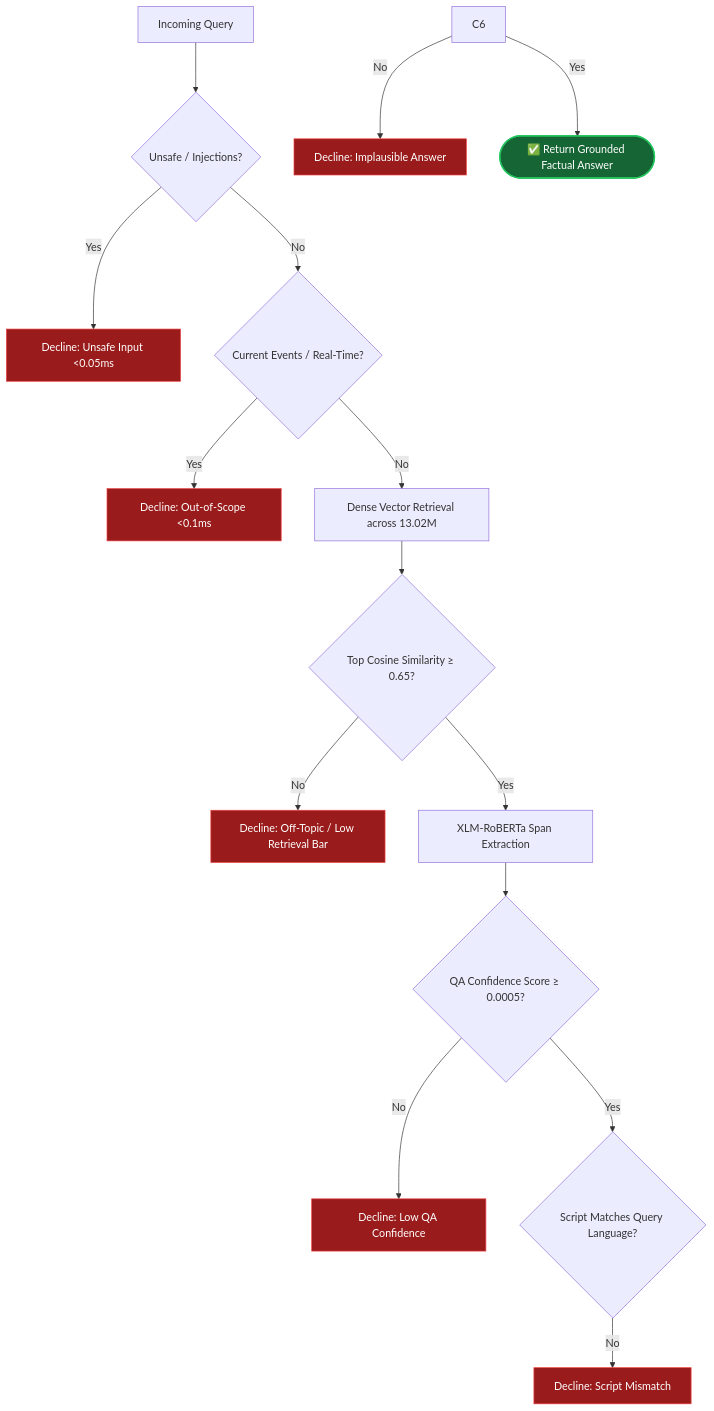
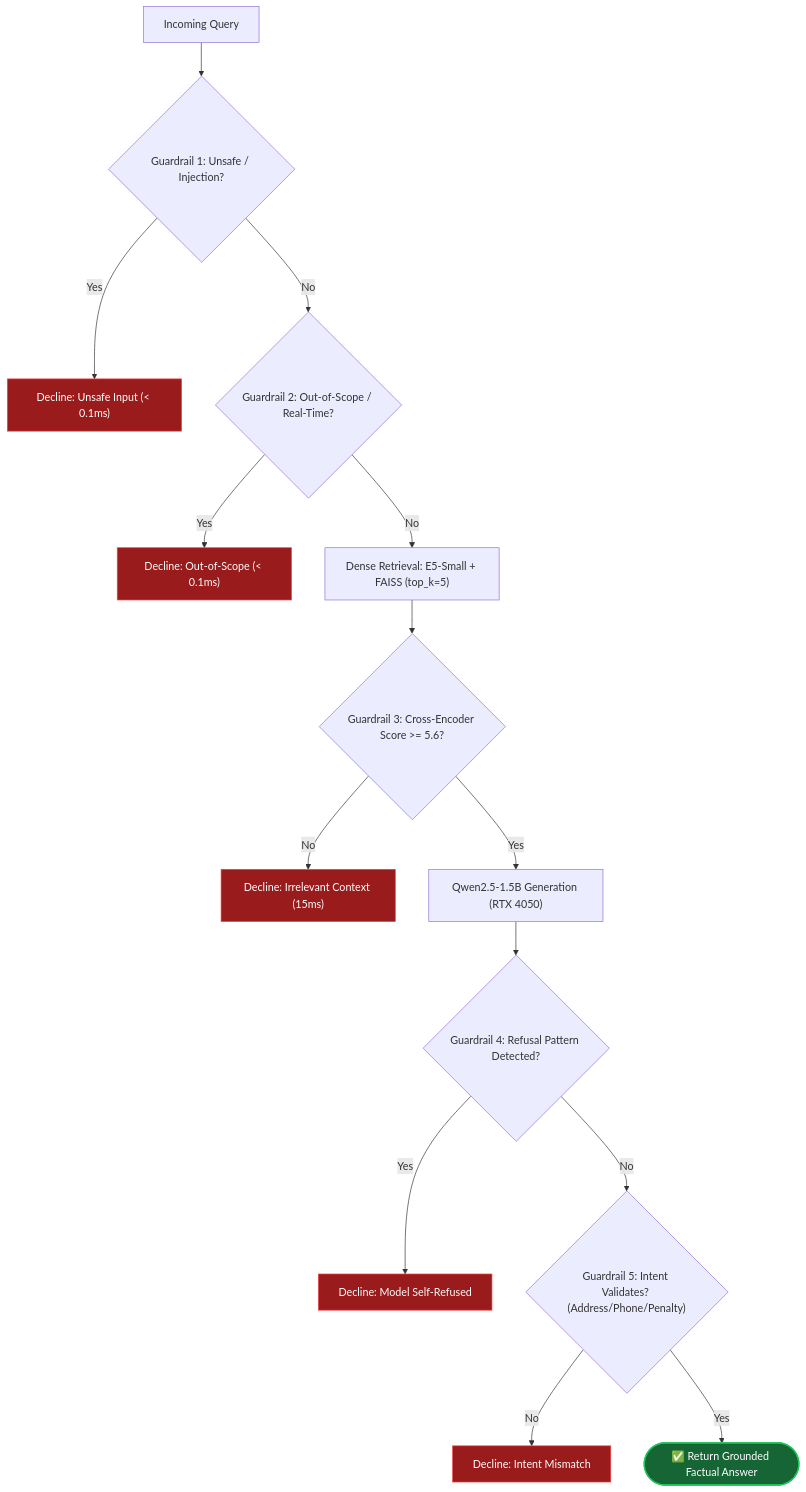
One commit to Asheesh7298/Rag-voice changed the fourth of 4 diagrams in ARCHITECTURE_AND_DATA_FLOW.md. Above: the diagram before and after it, drawn with Mermaid. The commit also changed other lines of this file and 4 other files, not shown here.

Commit message:
docs: update README, architecture diagrams, and presentation with champion benchmark metrics and RTX 4050 specs

````diff
--- a/ARCHITECTURE_AND_DATA_FLOW.md
+++ b/ARCHITECTURE_AND_DATA_FLOW.md
@@ -151,29 +139,27 @@
 ```mermaid
 flowchart TD
-    Q[Incoming Query] --> C1{Unsafe / Injections?}
-    C1 -- Yes --> R1[Decline: Unsafe Input <0.05ms]
-    C1 -- No --> C2{Current Events / Real-Time?}
+    Q[Incoming Query] --> C1{"Guardrail 1: Unsafe / Injection?"}
+    C1 -- Yes --> R1["Decline: Unsafe Input (< 0.1ms)"]
+    C1 -- No --> C2{"Guardrail 2: Out-of-Scope / Real-Time?"}
     
-    C2 -- Yes --> R2[Decline: Out-of-Scope <0.1ms]
-    C2 -- No --> VSearch[Dense Vector Retrieval across 13.02M]
+    C2 -- Yes --> R2["Decline: Out-of-Scope (< 0.1ms)"]
+    C2 -- No --> VSearch["Dense Retrieval: E5-Small + FAISS (top_k=5)"]
     
-    VSearch --> C3{Top Cosine Similarity ≥ 0.65?}
-    C3 -- No --> R3[Decline: Off-Topic / Low Retrieval Bar]
-    C3 -- Yes --> QAExtract[XLM-RoBERTa Span Extraction]
+    VSearch --> C3{"Guardrail 3: Cross-Encoder Score >= 5.6?"}
+    C3 -- No --> R3["Decline: Irrelevant Context (15ms)"]
+    C3 -- Yes --> LLM["Qwen2.5-1.5B Generation (RTX 4050)"]
     
-    QAExtract --> C4{QA Confidence Score ≥ 0.0005?}
-    C4 -- No --> R4[Decline: Low QA Confidence]
-    C4 -- Yes --> C5{Script Matches Query Language?}
+    LLM --> C4{"Guardrail 4: Refusal Pattern Detected?"}
+    C4 -- Yes --> R4["Decline: Model Self-Refused"]
+    C4 -- No --> C5{"Guardrail 5: Intent Validates? (Address/Phone/Penalty)"}
     
-    C5 -- No --> R5[Decline: Script Mismatch]
-     C6 -- No --> R6[Decline: Implausible Answer]
-    C6 -- Yes --> Out([✅ Return Grounded Factual Answer])
+    C5 -- No --> R5["Decline: Intent Mismatch"]
+    C5 -- Yes --> Out(["✅ Return Grounded Factual Answer"])
 
     style Out fill:#166534,stroke:#22c55e,stroke-width:2px,color:#fff
     style R1 fill:#991b1b,stroke:#ef4444,color:#fff
     style R2 fill:#991b1b,stroke:#ef4444,color:#fff
     style R3 fill:#991b1b,stroke:#ef4444,color:#fff
     style R4 fill:#991b1b,stroke:#ef4444,color:#fff
     style R5 fill:#991b1b,stroke:#ef4444,color:#fff
-    style R6 fill:#991b1b,stroke:#ef4444,color:#fff
 ```
````
